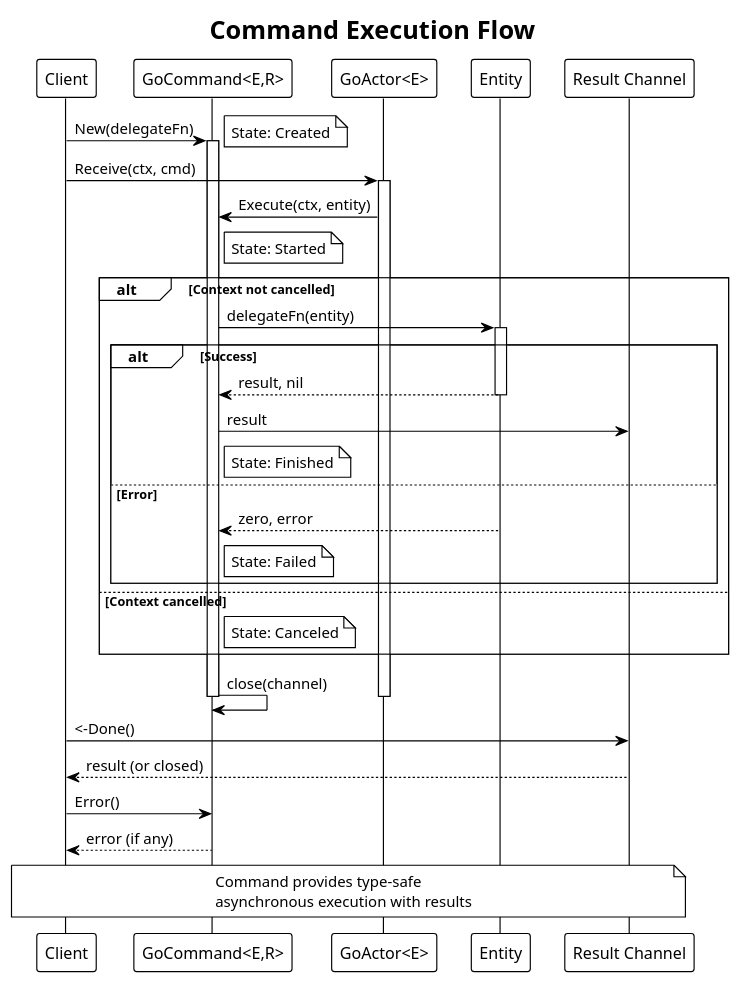
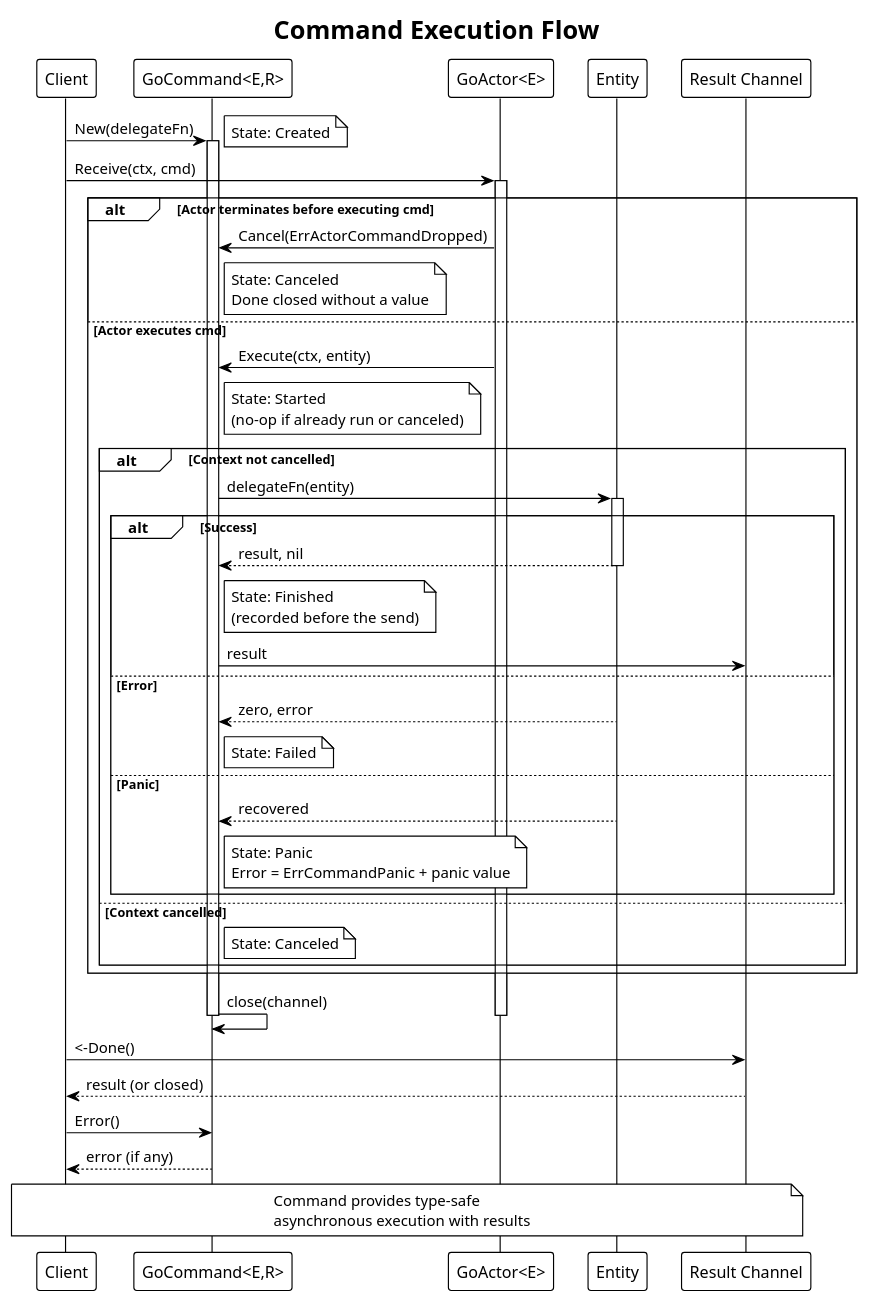
The diagram in docs/command-flow.puml (barnowlsnest/go-actorlib), drawn with PlantUML before and after one commit. The commit also changed 5 other files, not shown here.

```diff
--- a/docs/command-flow.puml
+++ b/docs/command-flow.puml
@@ -1,54 +1,63 @@
 @startuml command-flow
 !theme plain
 skinparam backgroundColor #FFFFFF
 
 title Command Execution Flow
 
 participant "Client" as client
 participant "GoCommand<E,R>" as cmd
 participant "GoActor<E>" as actor
 participant "Entity" as entity
 participant "Result Channel" as channel
 
 client -> cmd : New(delegateFn)
 activate cmd
 note right : State: Created
 
 client -> actor : Receive(ctx, cmd)
 activate actor
 
+alt Actor terminates before executing cmd
+  actor -> cmd : Cancel(ErrActorCommandDropped)
+  note right of cmd : State: Canceled\nDone closed without a value
+else Actor executes cmd
 actor -> cmd : Execute(ctx, entity)
-note right of cmd : State: Started
+note right of cmd : State: Started\n(no-op if already run or canceled)
 
 alt Context not cancelled
   cmd -> entity : delegateFn(entity)
   activate entity
   
   alt Success
     entity --> cmd : result, nil
     deactivate entity
+    note right of cmd : State: Finished\n(recorded before the send)
     cmd -> channel : result
-    note right of cmd : State: Finished
   else Error
     entity --> cmd : zero, error
     deactivate entity
     note right of cmd : State: Failed
+  else Panic
+    entity --> cmd : recovered
+    deactivate entity
+    note right of cmd : State: Panic\nError = ErrCommandPanic + panic value
   end
   
 else Context cancelled
   note right of cmd : State: Canceled
+end
 end
 
 cmd -> cmd : close(channel)
 deactivate cmd
 deactivate actor
 
 client -> channel : <-Done()
 channel --> client : result (or closed)
 
 client -> cmd : Error()
 cmd --> client : error (if any)
 
 note over client, channel : Command provides type-safe\nasynchronous execution with results
 
 @enduml
```
